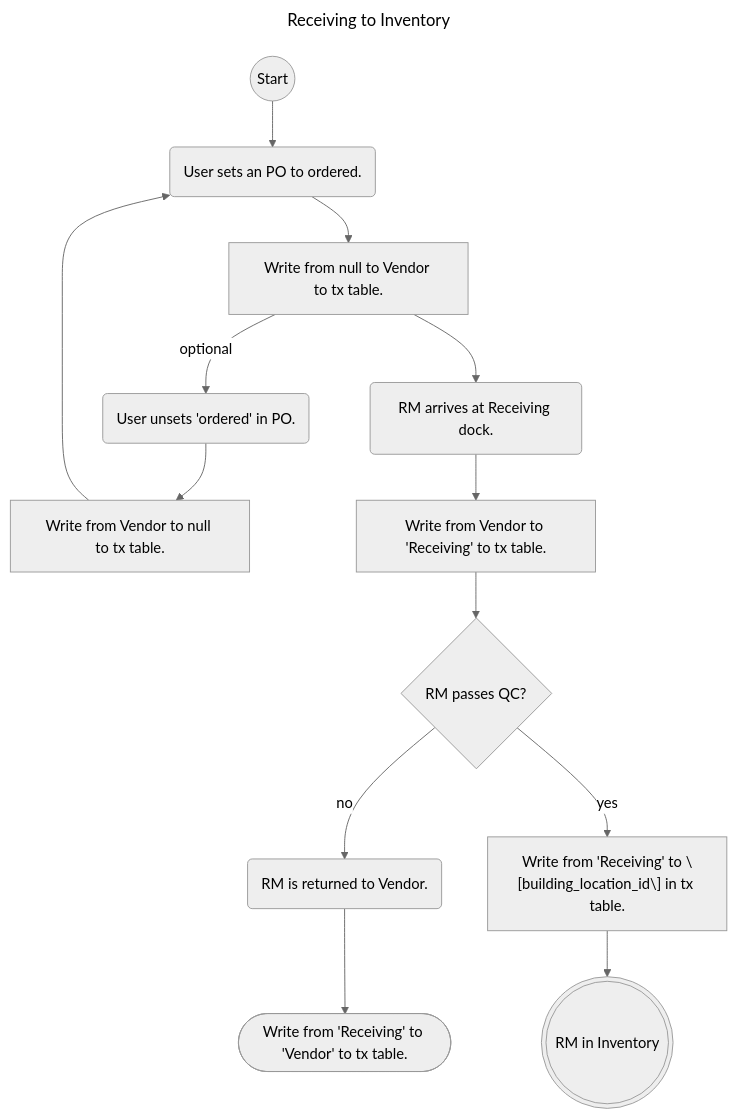
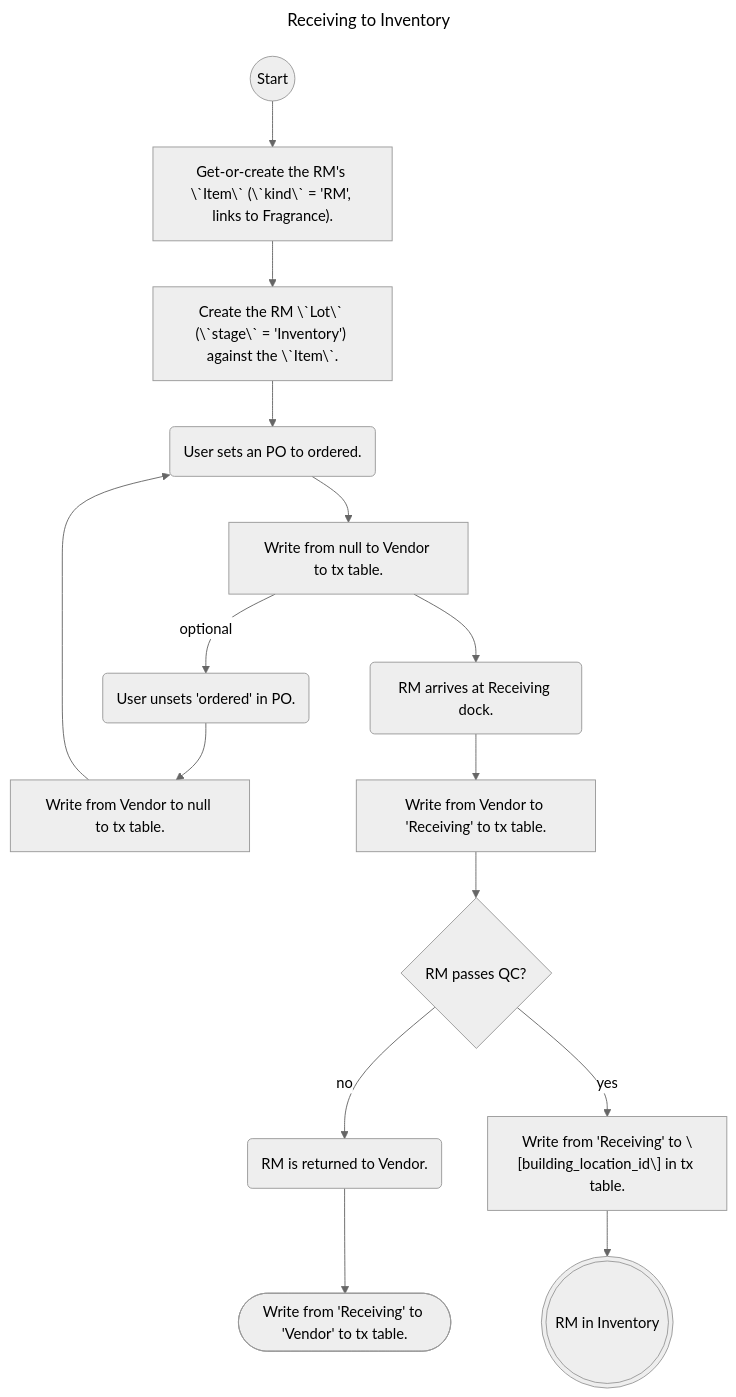
The third of 7 diagrams in src/tx_table_proposal.md (afi-spencerd/RSM), drawn with Mermaid (neutral theme) before and after one commit. The commit also changed other lines of this file, not shown here.

First line of the commit message:
docs: reconcile Item/Lot management and WIP→FG tx semantics

````diff
--- a/src/tx_table_proposal.md
+++ b/src/tx_table_proposal.md
@@ -128,22 +128,24 @@
 ```mermaid
 ---
 title: Receiving to Inventory
 ---
 flowchart TB
   start((Start))
+  ensure_item_rm["Get-or-create the RM's \`Item\` (\`kind\` = 'RM', links to Fragrance)."]
+  create_rm_lot["Create the RM \`Lot\` (\`stage\` = 'Inventory') against the \`Item\`."]
   order_rm("User sets an PO to ordered.")
   tx_order_rm["Write from null to Vendor to tx table."]
   unorder_rm("User unsets 'ordered' in PO.")
   tx_unorder_rm["Write from Vendor to null to tx table."]
   rm_arrive("RM arrives at Receiving dock.")
   tx_rm_arrive["Write from Vendor to 'Receiving' to tx table."]
   is_qc_pass{RM passes QC?}
   return_rm("RM is returned to Vendor.")
   tx_return_rm(["Write from 'Receiving' to 'Vendor' to tx table."])
   tx_receive_rm["Write from 'Receiving' to \[building_location_id\] in tx table."]
   rm_in_inventory((("RM in Inventory")))
 
-  start --> order_rm --> tx_order_rm -->|optional| unorder_rm --> tx_unorder_rm --> order_rm
+  start --> ensure_item_rm --> create_rm_lot --> order_rm --> tx_order_rm -->|optional| unorder_rm --> tx_unorder_rm --> order_rm
                          tx_order_rm --> rm_arrive --> tx_rm_arrive --> is_qc_pass -->|no| return_rm --> tx_return_rm
                                                                         is_qc_pass -->|yes| tx_receive_rm --> rm_in_inventory
 ```
````
